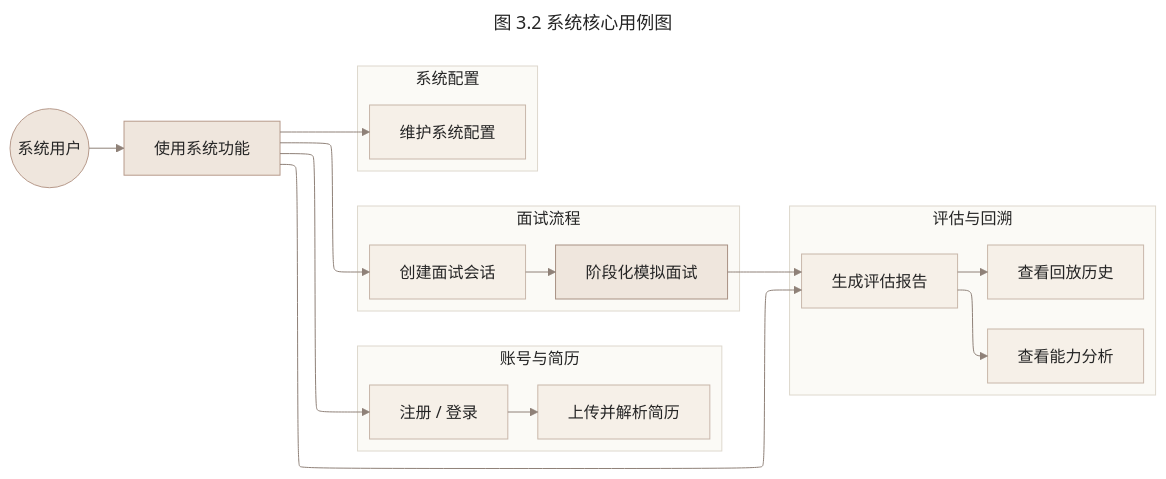
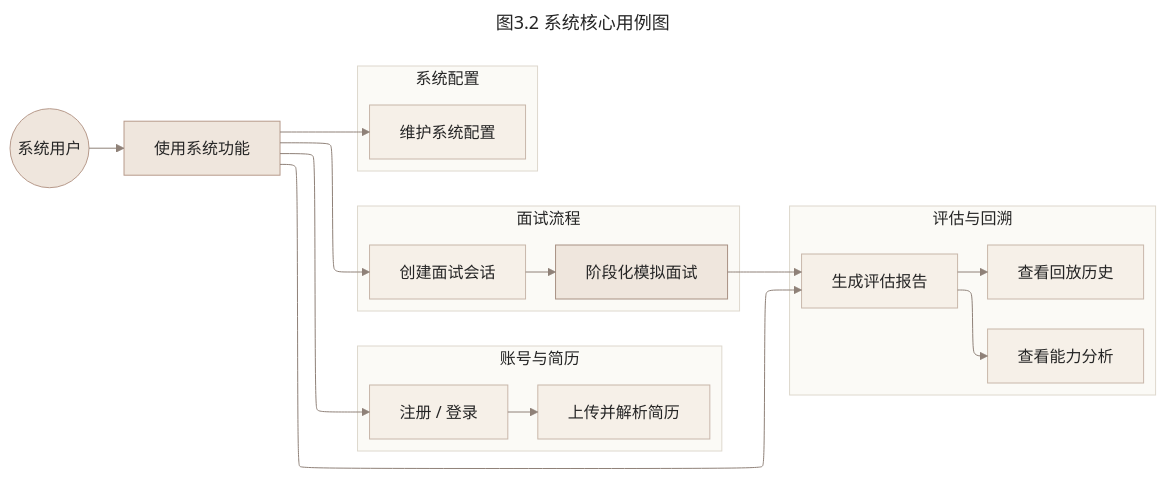
Before and after one commit to zyyyyynnn/graduation-project: the diagram in thesis-assets/diagrams/fig-3-2-core-use-case.mmd, drawn with Mermaid. The commit also changed 20 other files, not shown here.

```diff
--- a/thesis-assets/diagrams/fig-3-2-core-use-case.mmd
+++ b/thesis-assets/diagrams/fig-3-2-core-use-case.mmd
@@ -1,63 +1,63 @@
 ---
-title: 图 3.2 系统核心用例图
+title: 图3.2 系统核心用例图
 config:
   theme: base
   layout: elk
   themeVariables:
     background: "#FAF8F2"
     primaryColor: "#EFE6DD"
     primaryBorderColor: "#B79A8B"
     primaryTextColor: "#252525"
     lineColor: "#8F8178"
     secondaryColor: "#F6F0E8"
     tertiaryColor: "#FBFAF6"
     fontFamily: "Microsoft YaHei, SimHei, Arial, sans-serif"
     fontSize: "16px"
 ---
 flowchart LR
   user(("系统用户"))
   entry["使用系统功能"]
 
   subgraph account["账号与简历"]
     direction TB
     login["注册 / 登录"]
     resume["上传并解析简历"]
     login --> resume
   end
 
   subgraph interview["面试流程"]
     direction TB
     start["创建面试会话"]
     chat["阶段化模拟面试"]
     start --> chat
   end
 
   subgraph review["评估与回溯"]
     direction TB
     report["生成评估报告"]
     replay["查看回放历史"]
     analytics["查看能力分析"]
     report --> replay
     report --> analytics
   end
 
   subgraph config["系统配置"]
     direction TB
     settings["维护系统配置"]
   end
 
   user --> entry
   entry --> login
   entry --> start
   entry --> report
   entry --> settings
   chat --> report
 
   classDef actor fill:#EFE6DD,stroke:#B79A8B,color:#252525
   classDef layer fill:#FBFAF6,stroke:#DED8CD,color:#252525
   classDef node fill:#F6F0E8,stroke:#C8B7AA,color:#252525
   classDef key fill:#EFE6DD,stroke:#A89183,color:#252525
   class user,entry actor
   class account,interview,review,config layer
   class login,resume,start,report,replay,analytics,settings node
   class chat key
```
